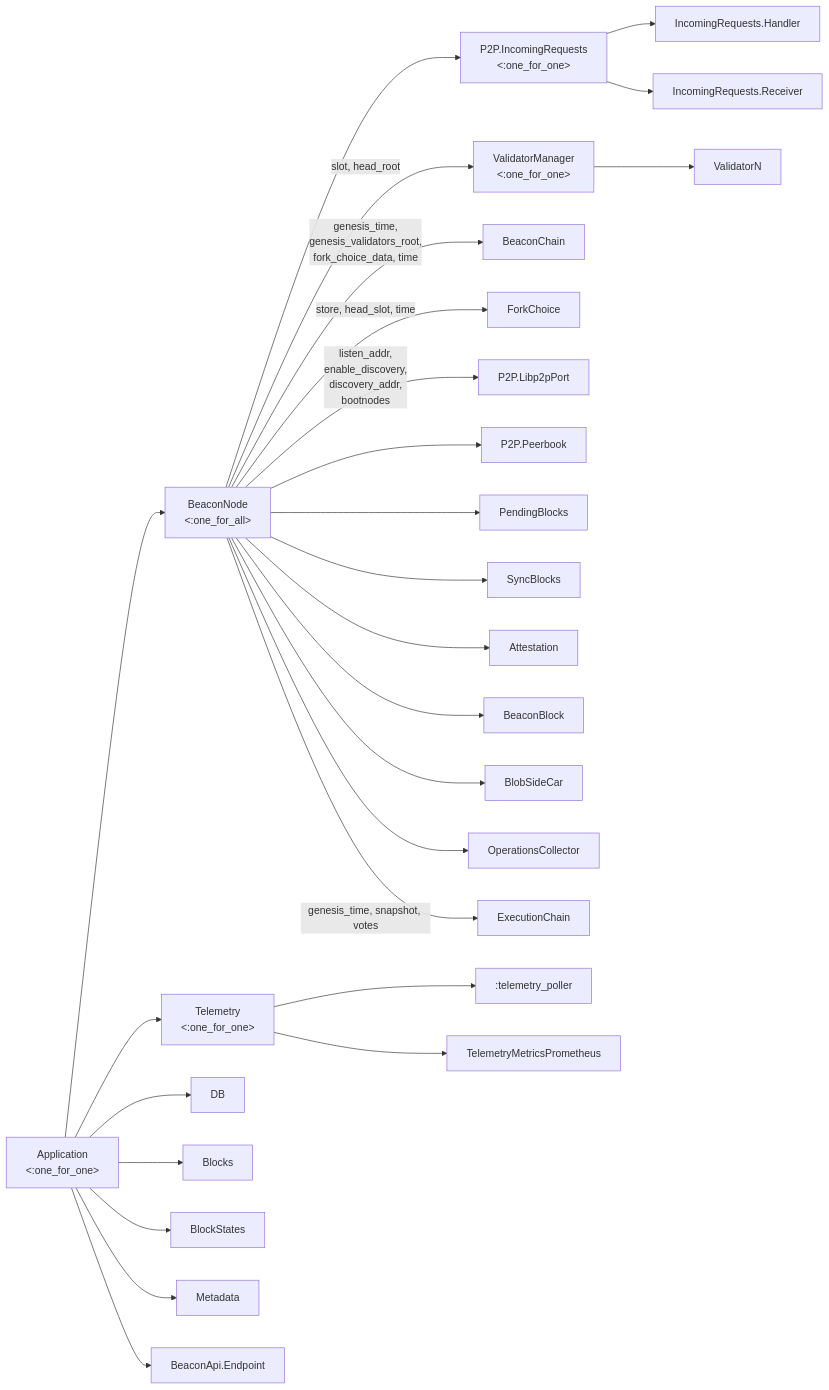
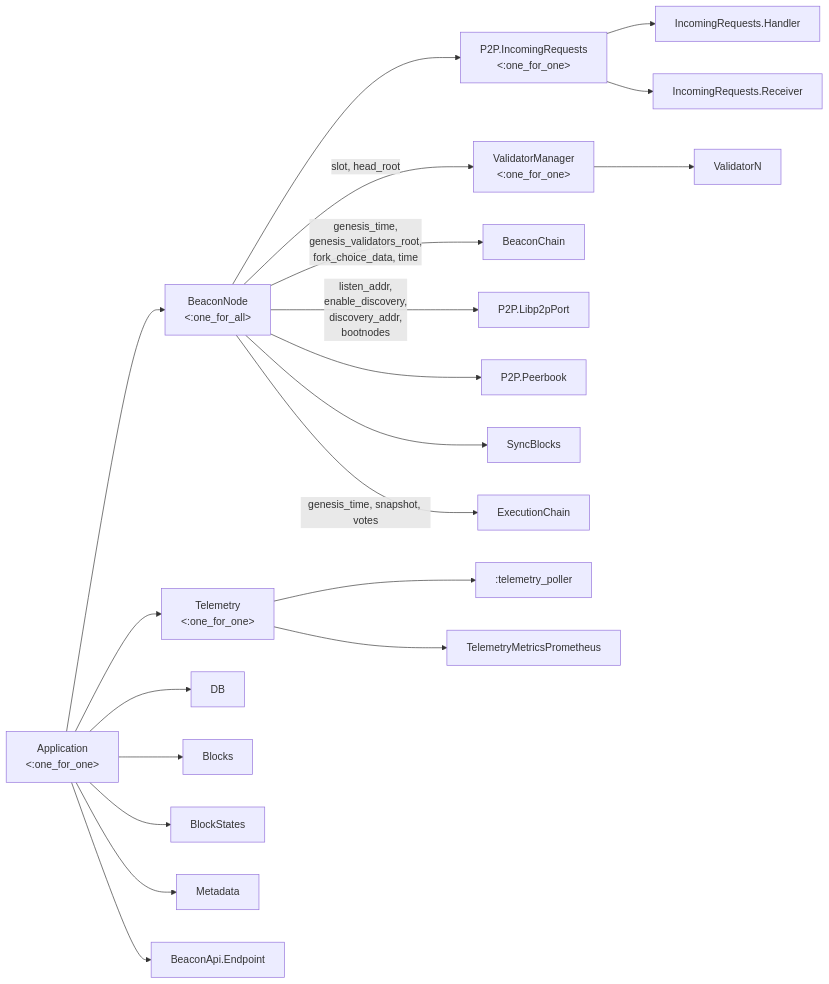
One commit to lambdaclass/lambda_ethereum_consensus changed the first of 6 diagrams in docs/architecture.md. Above: the diagram before and after it, drawn with Mermaid. The commit also changed other lines of this file, not shown here.

Commit message:
Update architecture model

````diff
--- a/docs/architecture.md
+++ b/docs/architecture.md
@@ -9,37 +24,31 @@
 ```mermaid
 graph LR
 Application[Application <br> <:one_for_one>]
 BeaconNode[BeaconNode <br> <:one_for_all>]
 P2P.IncomingRequests[P2P.IncomingRequests <br> <:one_for_one>]
 ValidatorManager[ValidatorManager <br> <:one_for_one>]
 Telemetry[Telemetry <br> <:one_for_one>]
 
 Application --> Telemetry
 Application --> DB
 Application --> Blocks
 Application --> BlockStates
 Application --> Metadata
 Application --> BeaconNode
 Application --> BeaconApi.Endpoint
 
 BeaconNode -->|genesis_time,<br>genesis_validators_root,<br> fork_choice_data, time| BeaconChain 
-BeaconNode -->|store, head_slot, time| ForkChoice
 BeaconNode -->|listen_addr, <br>enable_discovery, <br> discovery_addr, <br>bootnodes| P2P.Libp2pPort
 BeaconNode --> P2P.Peerbook
 BeaconNode --> P2P.IncomingRequests
-BeaconNode --> PendingBlocks
 BeaconNode --> SyncBlocks
-BeaconNode --> Attestation
-BeaconNode --> BeaconBlock
-BeaconNode --> BlobSideCar
-BeaconNode --> OperationsCollector
 BeaconNode -->|slot, head_root| ValidatorManager
 BeaconNode -->|genesis_time, snapshot, votes| ExecutionChain
 ValidatorManager --> ValidatorN
 
 P2P.IncomingRequests --> IncomingRequests.Handler
 P2P.IncomingRequests --> IncomingRequests.Receiver
 
 Telemetry --> :telemetry_poller
 Telemetry --> TelemetryMetricsPrometheus
 ```
````
